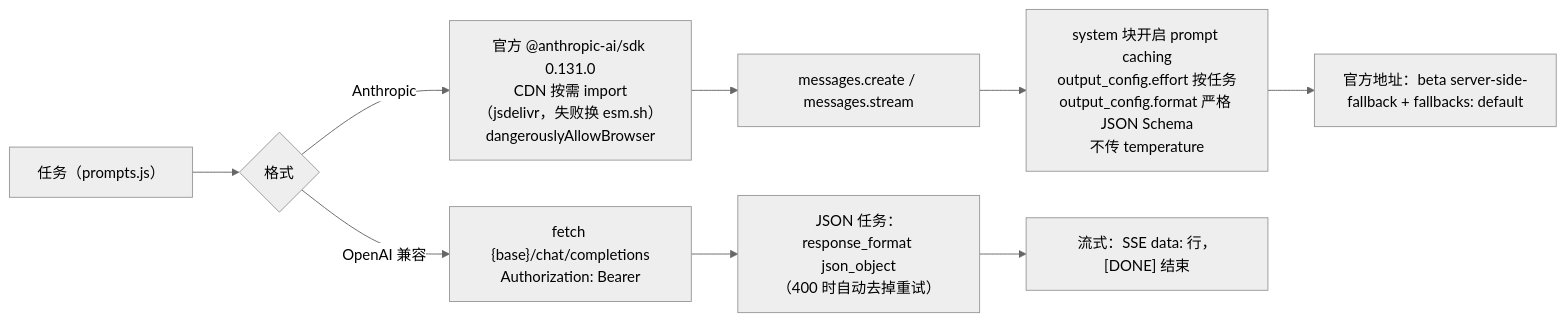
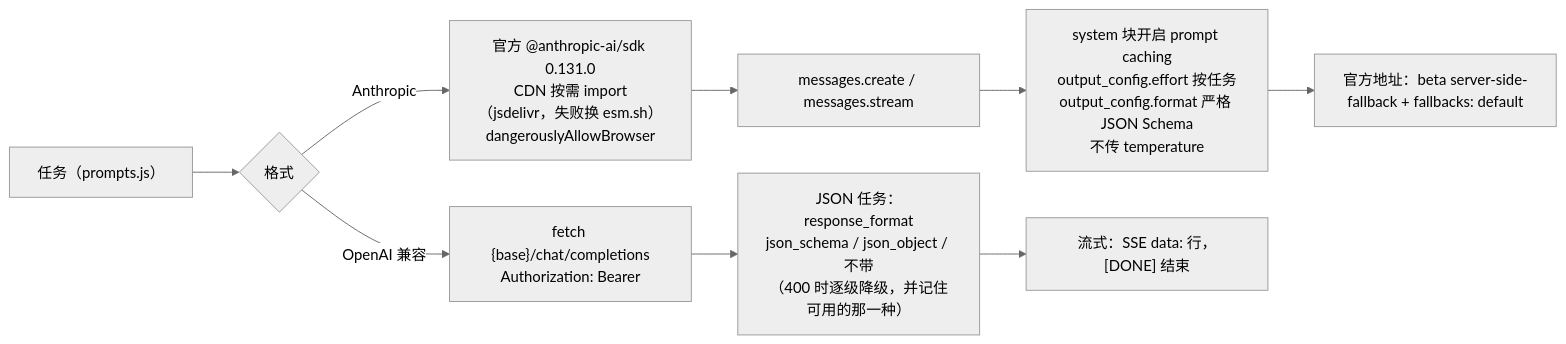
The first of 3 diagrams in docs/AI.md (brokenwing/whitewash-simulator), drawn with Mermaid (neutral theme) before and after one commit. The commit also changed other lines of this file and 3 other files, not shown here.

First line of the commit message:
OpenAI 兼容接口支持 json_schema 结构化输出

````diff
--- a/docs/AI.md
+++ b/docs/AI.md
@@ -49,11 +49,11 @@
 ```mermaid
 flowchart LR
   T["任务（prompts.js）"] --> F{"格式"}
   F -- Anthropic --> A["官方 @anthropic-ai/sdk 0.131.0<br/>CDN 按需 import（jsdelivr，失败换 esm.sh）<br/>dangerouslyAllowBrowser"]
   A --> A1["messages.create / messages.stream"]
   A1 --> A2["system 块开启 prompt caching<br/>output_config.effort 按任务<br/>output_config.format 严格 JSON Schema<br/>不传 temperature"]
   A2 --> A3["官方地址：beta server-side-fallback + fallbacks: default"]
   F -- OpenAI 兼容 --> O["fetch {base}/chat/completions<br/>Authorization: Bearer"]
-  O --> O1["JSON 任务：response_format json_object<br/>（400 时自动去掉重试）"]
+  O --> O1["JSON 任务：response_format<br/>json_schema / json_object / 不带<br/>（400 时逐级降级，并记住可用的那一种）"]
   O1 --> O2["流式：SSE data: 行，[DONE] 结束"]
 ```
````
